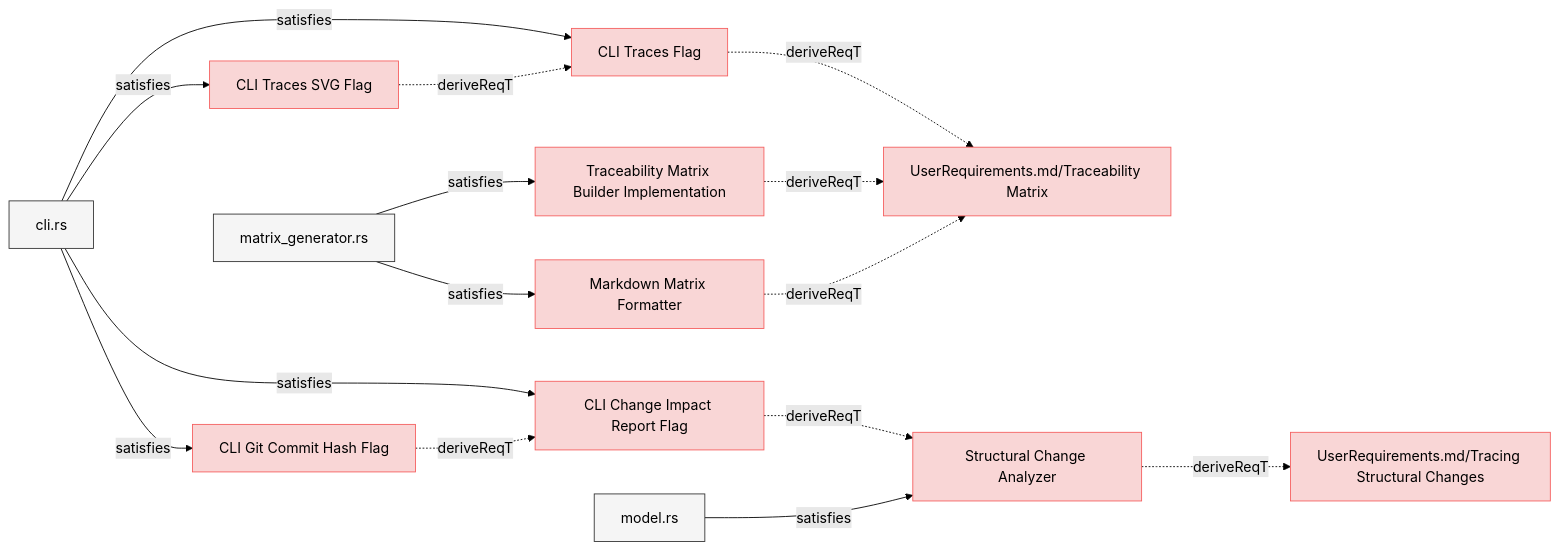
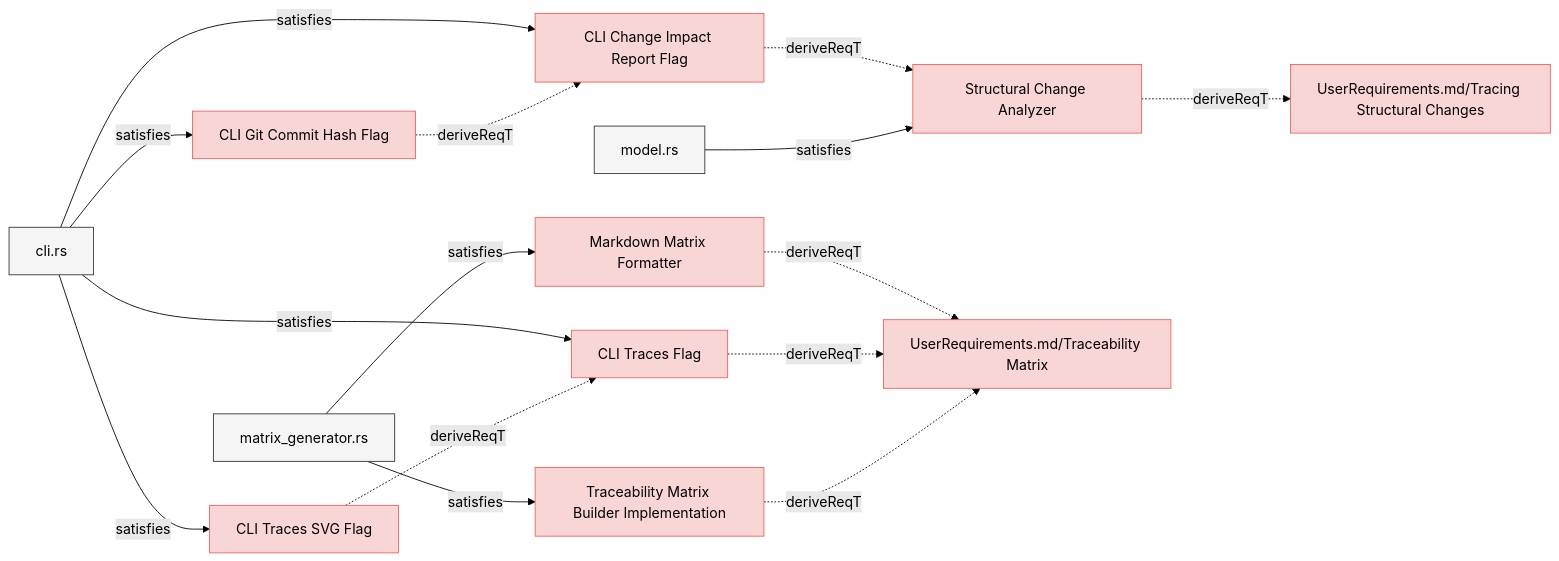
The fifth of 8 diagrams in specifications/SystemRequirements/Requirements.md (reqvire-org/reqvire), drawn with Mermaid (forest theme) before and after one commit. The commit also changed other lines of this file and 44 other files, not shown here.

Commit message:
Diagrams bug fixes. Test improvements.

````diff
--- a/specifications/SystemRequirements/Requirements.md
+++ b/specifications/SystemRequirements/Requirements.md
@@ -592,59 +616,71 @@
 ```mermaid
 graph LR;
   %% Graph styling
   classDef requirement fill:#f9d6d6,stroke:#f55f5f,stroke-width:1px;
   classDef verification fill:#d6f9d6,stroke:#5fd75f,stroke-width:1px;
   classDef externalLink fill:#d0e0ff,stroke:#3080ff,stroke-width:1px;
   classDef default fill:#f5f5f5,stroke:#333333,stroke-width:1px;
 
-  cb36e164a6ea70ff["CLI Traces Flag"];
-  click cb36e164a6ea70ff "specifications/SystemRequirements/Requirements.md#cli-traces-flag#cli-traces-flag";
-  class cb36e164a6ea70ff requirement;
+  d62e8e714c37d1ad["CLI Change Impact Report Flag"];
+  class d62e8e714c37d1ad requirement;
+  click d62e8e714c37d1ad "Requirements.md#cli-change-impact-report-flag";
+  d34d7e14d2a235a2["Structural Change Analyzer"];
+  class d34d7e14d2a235a2 requirement;
+  click d34d7e14d2a235a2 "Requirements.md#structural-change-analyzer";
+  d62e8e714c37d1ad -.->|deriveReqT| d34d7e14d2a235a2;
+  80defdd4cbc7ee18["cli.rs"];
+  class 80defdd4cbc7ee18 default;
+  click 80defdd4cbc7ee18 "../../cli/src/cli.rs";
+  80defdd4cbc7ee18 -->|satisfies| d62e8e714c37d1ad;
+  d7b7b13a5b8d96e1["UserRequirements.md/Tracing Structural Changes"];
+  class d7b7b13a5b8d96e1 requirement;
+  click d7b7b13a5b8d96e1 "../UserRequirements.md#tracing-structural-changes";
+  d34d7e14d2a235a2 -.->|deriveReqT| d7b7b13a5b8d96e1;
+  4b89dbed94c08c3e["model.rs"];
+  class 4b89dbed94c08c3e default;
+  click 4b89dbed94c08c3e "../../core/src/change_impact.rs";
+  4b89dbed94c08c3e -->|satisfies| d34d7e14d2a235a2;
+  6c40e66699ba40dd["CLI Git Commit Hash Flag"];
+  class 6c40e66699ba40dd requirement;
+  click 6c40e66699ba40dd "Requirements.md#cli-git-commit-hash-flag";
+  6c40e66699ba40dd -.->|deriveReqT| d62e8e714c37d1ad;
+  80defdd4cbc7ee18["cli.rs"];
+  class 80defdd4cbc7ee18 default;
+  click 80defdd4cbc7ee18 "../../cli/src/cli.rs";
+  80defdd4cbc7ee18 -->|satisfies| 6c40e66699ba40dd;
+  1b7491b67a792bc9["Markdown Matrix Formatter"];
+  class 1b7491b67a792bc9 requirement;
+  click 1b7491b67a792bc9 "Requirements.md#markdown-matrix-formatter";
   4e30ea0930dc9c26["UserRequirements.md/Traceability Matrix"];
   class 4e30ea0930dc9c26 requirement;
-  click 4e30ea0930dc9c26 "specifications/UserRequirements.md#traceability-matrix#traceability-matrix";
+  click 4e30ea0930dc9c26 "../UserRequirements.md#traceability-matrix";
+  1b7491b67a792bc9 -.->|deriveReqT| 4e30ea0930dc9c26;
+  16bf75b57622c10["matrix_generator.rs"];
+  class 16bf75b57622c10 default;
+  click 16bf75b57622c10 "../../core/src/matrix_generator.rs";
+  16bf75b57622c10 -->|satisfies| 1b7491b67a792bc9;
+  cb36e164a6ea70ff["CLI Traces Flag"];
+  class cb36e164a6ea70ff requirement;
+  click cb36e164a6ea70ff "Requirements.md#cli-traces-flag";
   cb36e164a6ea70ff -.->|deriveReqT| 4e30ea0930dc9c26;
   80defdd4cbc7ee18["cli.rs"];
   class 80defdd4cbc7ee18 default;
-  click 80defdd4cbc7ee18 "cli/src/cli.rs";
+  click 80defdd4cbc7ee18 "../../cli/src/cli.rs";
   80defdd4cbc7ee18 -->|satisfies| cb36e164a6ea70ff;
-  d62e8e714c37d1ad["CLI Change Impact Report Flag"];
-  click d62e8e714c37d1ad "specifications/SystemRequirements/Requirements.md#cli-change-impact-report-flag#cli-change-impact-report-flag";
-  class d62e8e714c37d1ad requirement;
-  d34d7e14d2a235a2["Structural Change Analyzer"];
-  class d34d7e14d2a235a2 requirement;
-  click d34d7e14d2a235a2 "specifications/SystemRequirements/Requirements.md#structural-change-analyzer#structural-change-analyzer";
-  d62e8e714c37d1ad -.->|deriveReqT| d34d7e14d2a235a2;
-  80defdd4cbc7ee18 -->|satisfies| d62e8e714c37d1ad;
   b55d8517cd3e58["Traceability Matrix Builder Implementation"];
-  click b55d8517cd3e58 "specifications/SystemRequirements/Requirements.md#traceability-matrix-builder-implementation#traceability-matrix-builder-implementation";
   class b55d8517cd3e58 requirement;
+  click b55d8517cd3e58 "Requirements.md#traceability-matrix-builder-implementation";
   b55d8517cd3e58 -.->|deriveReqT| 4e30ea0930dc9c26;
   16bf75b57622c10["matrix_generator.rs"];
   class 16bf75b57622c10 default;
-  click 16bf75b57622c10 "core/src/matrix_generator.rs";
+  click 16bf75b57622c10 "../../core/src/matrix_generator.rs";
   16bf75b57622c10 -->|satisfies| b55d8517cd3e58;
   1d9a1c502316e443["CLI Traces SVG Flag"];
-  click 1d9a1c502316e443 "specifications/SystemRequirements/Requirements.md#cli-traces-svg-flag#cli-traces-svg-flag";
   class 1d9a1c502316e443 requirement;
+  click 1d9a1c502316e443 "Requirements.md#cli-traces-svg-flag";
   1d9a1c502316e443 -.->|deriveReqT| cb36e164a6ea70ff;
+  80defdd4cbc7ee18["cli.rs"];
+  class 80defdd4cbc7ee18 default;
+  click 80defdd4cbc7ee18 "../../cli/src/cli.rs";
   80defdd4cbc7ee18 -->|satisfies| 1d9a1c502316e443;
-  d7b7b13a5b8d96e1["UserRequirements.md/Tracing Structural Changes"];
-  class d7b7b13a5b8d96e1 requirement;
-  click d7b7b13a5b8d96e1 "specifications/UserRequirements.md#tracing-structural-changes#tracing-structural-changes";
-  d34d7e14d2a235a2 -.->|deriveReqT| d7b7b13a5b8d96e1;
-  4b89dbed94c08c3e["model.rs"];
-  class 4b89dbed94c08c3e default;
-  click 4b89dbed94c08c3e "core/src/change_impact.rs";
-  4b89dbed94c08c3e -->|satisfies| d34d7e14d2a235a2;
-  6c40e66699ba40dd["CLI Git Commit Hash Flag"];
-  click 6c40e66699ba40dd "specifications/SystemRequirements/Requirements.md#cli-git-commit-hash-flag#cli-git-commit-hash-flag";
-  class 6c40e66699ba40dd requirement;
-  6c40e66699ba40dd -.->|deriveReqT| d62e8e714c37d1ad;
-  80defdd4cbc7ee18 -->|satisfies| 6c40e66699ba40dd;
-  1b7491b67a792bc9["Markdown Matrix Formatter"];
-  click 1b7491b67a792bc9 "specifications/SystemRequirements/Requirements.md#markdown-matrix-formatter#markdown-matrix-formatter";
-  class 1b7491b67a792bc9 requirement;
-  1b7491b67a792bc9 -.->|deriveReqT| 4e30ea0930dc9c26;
-  16bf75b57622c10 -->|satisfies| 1b7491b67a792bc9;
 ```
````
